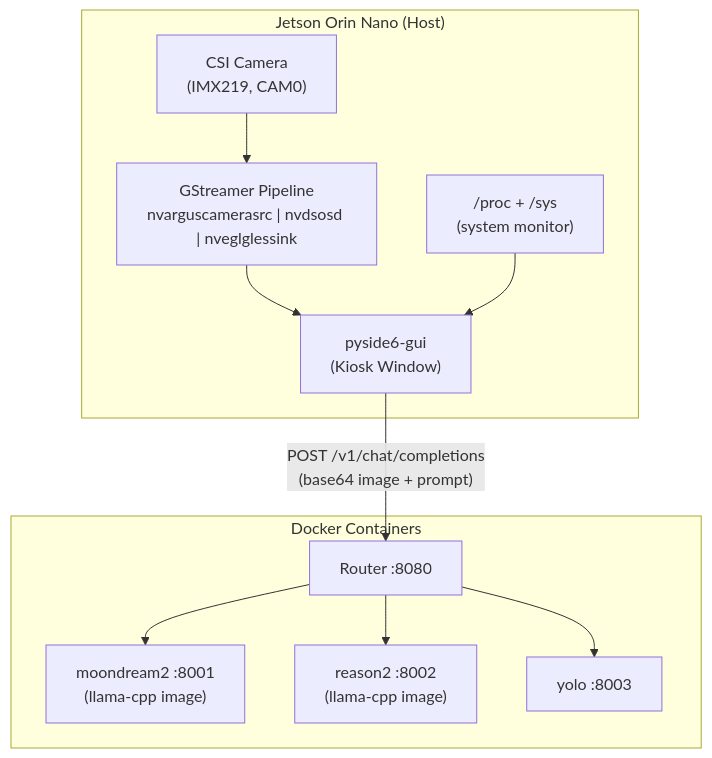
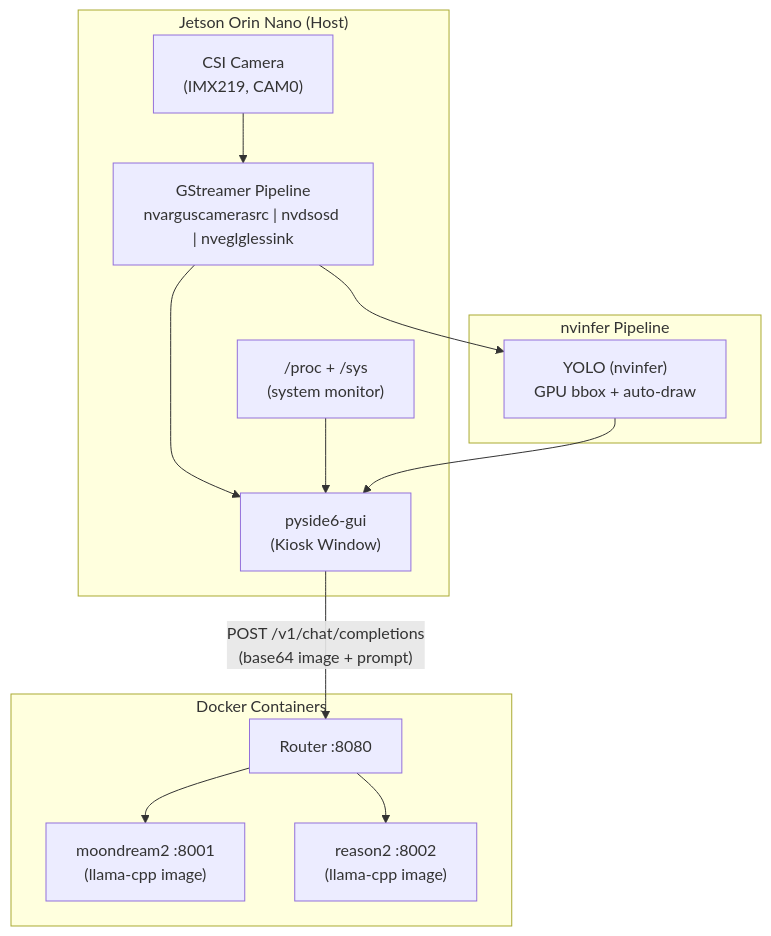
One commit to ccbruce0812/nikko-vlm-webui changed the first of 5 diagrams in pyside6-gui.md. Above: the diagram before and after it, drawn with Mermaid. The commit also changed other lines of this file and 1 other file, not shown here.

````diff
--- a/pyside6-gui.md
+++ b/pyside6-gui.md
@@ -16,23 +19,27 @@
 ```mermaid
 flowchart TB
     subgraph Jetson["Jetson Orin Nano (Host)"]
         CSI["CSI Camera<br/>(IMX219, CAM0)"]
         GST["GStreamer Pipeline<br/>nvarguscamerasrc | nvdsosd | nveglglessink"]
         GUI["pyside6-gui<br/>(Kiosk Window)"]
         JTOP["/proc + /sys<br/>(system monitor)"]
     end
 
     subgraph Docker["Docker Containers"]
         RTR["Router :8080"]
         MD["moondream2 :8001<br/>(llama-cpp image)"]
         R2["reason2 :8002<br/>(llama-cpp image)"]
-        YL["yolo :8003"]
+    end
+
+    subgraph DS["nvinfer Pipeline"]
+        YL["YOLO (nvinfer)<br/>GPU bbox + auto-draw"]
     end
 
     CSI --> GST --> GUI
     JTOP --> GUI
+    GST --> YL
+    YL --> GUI
     GUI -->|"POST /v1/chat/completions<br/>(base64 image + prompt)"| RTR
     RTR --> MD
     RTR --> R2
-    RTR --> YL
 ```
````
